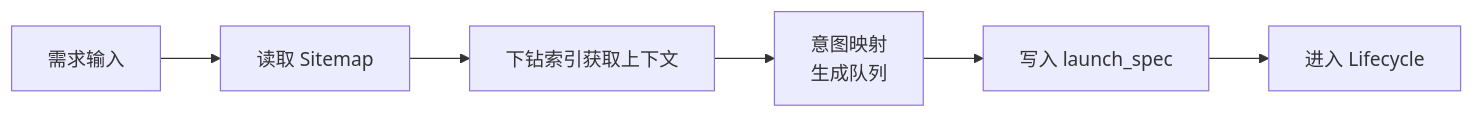
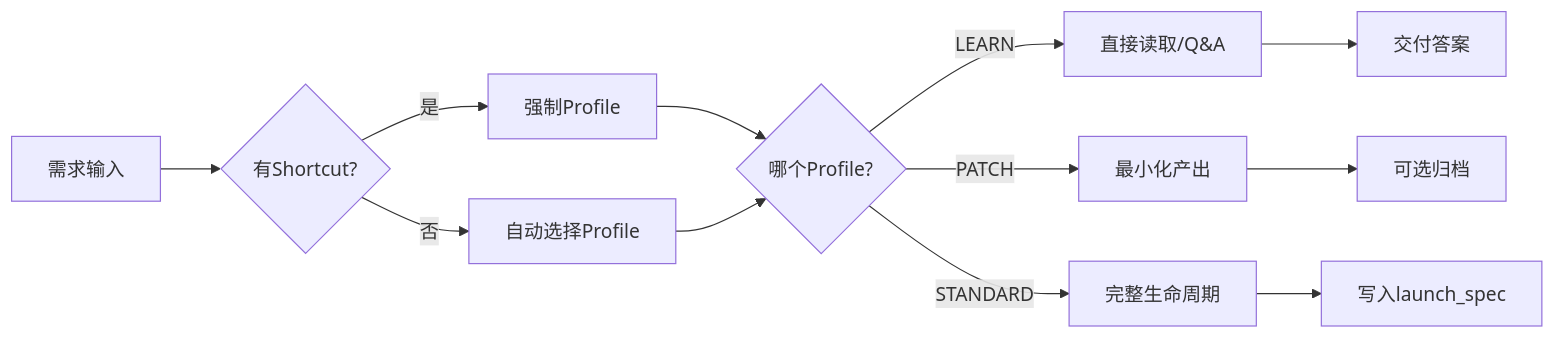
The second of 5 diagrams in ENGINEERING_MANUAL_zh.md (listener-He/java-harness-agent), drawn with Mermaid before and after one commit. The commit also changed other lines of this file and 3 other files, not shown here.

````diff
--- a/ENGINEERING_MANUAL_zh.md
+++ b/ENGINEERING_MANUAL_zh.md
@@ -298,8 +328,14 @@
 ```mermaid
 flowchart LR
-  A[需求输入] --> B[读取 Sitemap]
-  B --> C[下钻索引获取上下文]
-  C --> D[意图映射\n生成队列]
-  D --> E[写入 launch_spec]
-  E --> F[进入 Lifecycle]
+  A[需求输入] --> B{有Shortcut?}
+  B -->|是| C[强制Profile]
+  B -->|否| D[自动选择Profile]
+  C --> E{哪个Profile?}
+  D --> E
+  E -->|LEARN| F[直接读取/Q&A]
+  E -->|PATCH| G[最小化产出]
+  E -->|STANDARD| H[完整生命周期]
+  F --> I[交付答案]
+  G --> J[可选归档]
+  H --> K[写入launch_spec]
 ```
````
